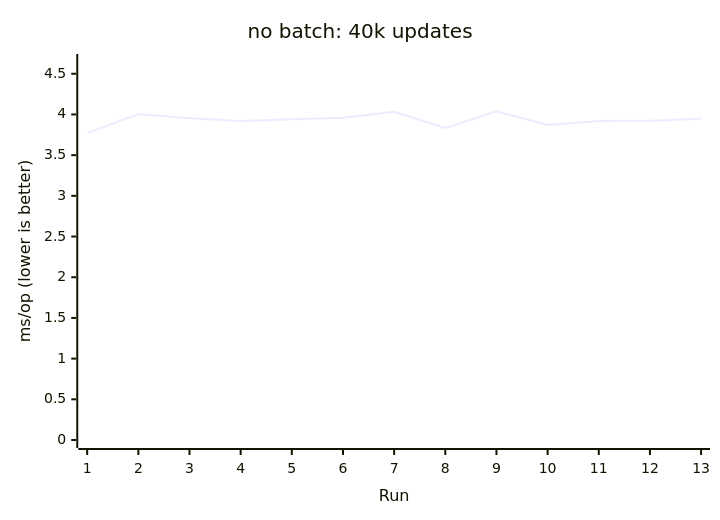
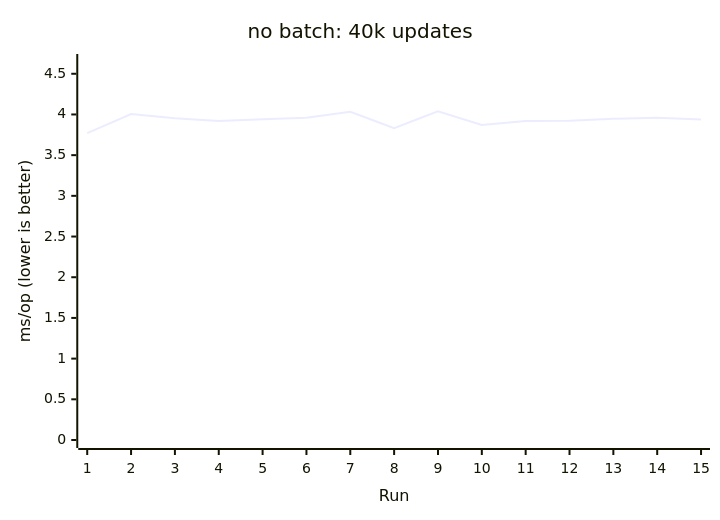
Before and after one commit to AIluffy/io: the tenth of 17 diagrams in apps/docs/src/content/docs/en/guides/benchmark.mdx, drawn with Mermaid. The commit also changed other lines of this file and 7 other files, not shown here.

````diff
--- a/apps/docs/src/content/docs/en/guides/benchmark.mdx
+++ b/apps/docs/src/content/docs/en/guides/benchmark.mdx
@@ -311,7 +313,7 @@
 ```mermaid
 xychart-beta
   title "no batch: 40k updates"
-  x-axis "Run" [1, 2, 3, 4, 5, 6, 7, 8, 9, 10, 11, 12, 13]
+  x-axis "Run" [1, 2, 3, 4, 5, 6, 7, 8, 9, 10, 11, 12, 13, 14, 15]
   y-axis "ms/op (lower is better)" 0 --> 4.6446
-  line [3.7705, 4.0045, 3.9537, 3.919, 3.9399, 3.9601, 4.0328, 3.8328, 4.0388, 3.8705, 3.9188, 3.9234, 3.9458]
+  line [3.7705, 4.0045, 3.9537, 3.919, 3.9399, 3.9601, 4.0328, 3.8328, 4.0388, 3.8705, 3.9188, 3.9234, 3.9458, 3.9604, 3.9385]
 ```
````
